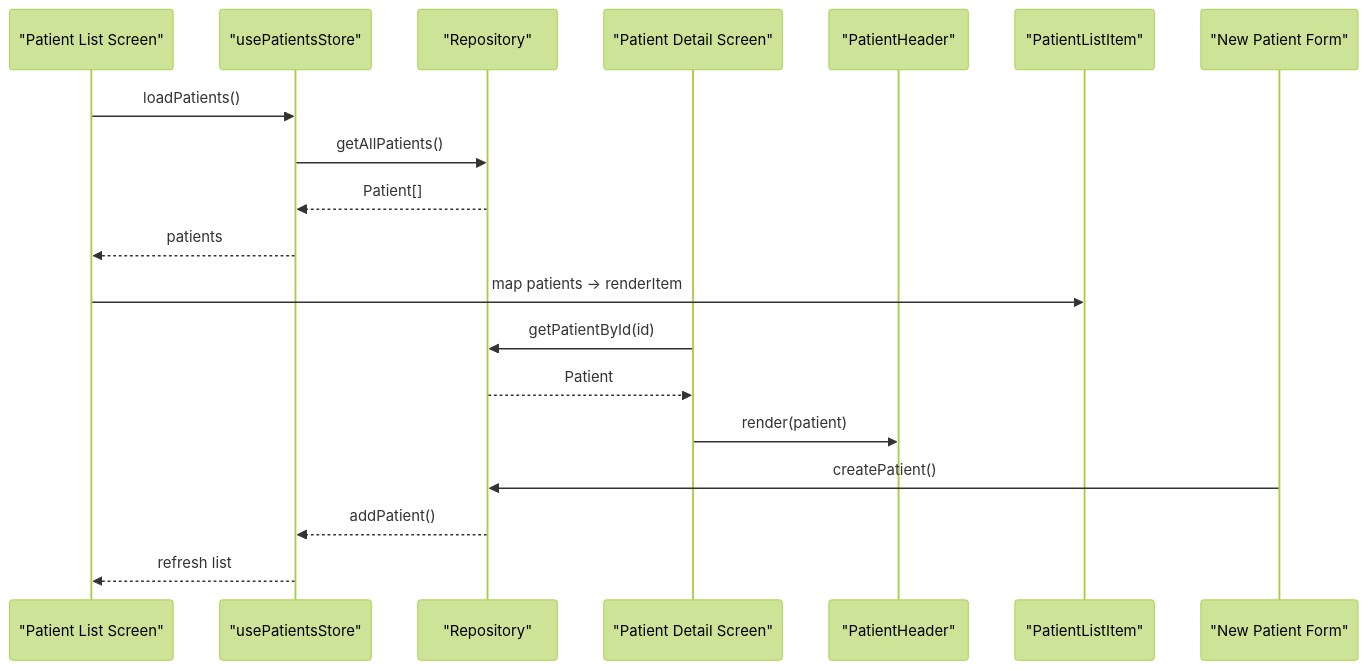
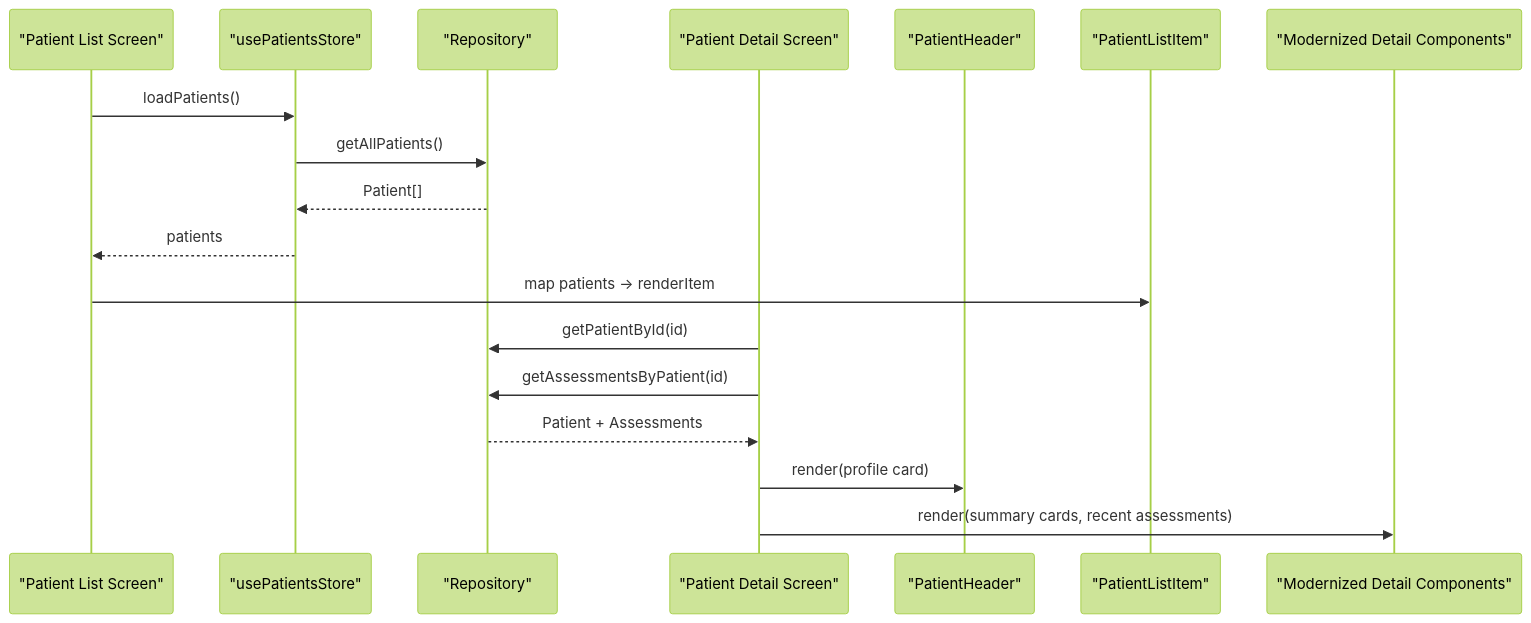
One commit to AdeelTahir-SE/DermSight changed the seventh of 10 diagrams in .qoder/repowiki/en/content/Patient Management/UI Components.md. Above: the diagram before and after it, drawn with Mermaid (forest theme). The commit also changed other lines of this file and 23 other files, not shown here.

````diff
--- a/.qoder/repowiki/en/content/Patient Management/UI Components.md
+++ b/.qoder/repowiki/en/content/Patient Management/UI Components.md
@@ -353,21 +384,20 @@
 ```mermaid
 sequenceDiagram
 participant List as "Patient List Screen"
 participant Store as "usePatientsStore"
 participant Repo as "Repository"
 participant Detail as "Patient Detail Screen"
 participant Header as "PatientHeader"
 participant Item as "PatientListItem"
-participant NewForm as "New Patient Form"
+participant DetailComp as "Modernized Detail Components"
 List->>Store : loadPatients()
 Store->>Repo : getAllPatients()
 Repo-->>Store : Patient[]
 Store-->>List : patients
 List->>Item : map patients -> renderItem
 Detail->>Repo : getPatientById(id)
-Repo-->>Detail : Patient
-Detail->>Header : render(patient)
-NewForm->>Repo : createPatient()
-Repo-->>Store : addPatient()
-Store-->>List : refresh list
+Detail->>Repo : getAssessmentsByPatient(id)
+Repo-->>Detail : Patient + Assessments
+Detail->>Header : render(profile card)
+Detail->>DetailComp : render(summary cards, recent assessments)
 ```
````
